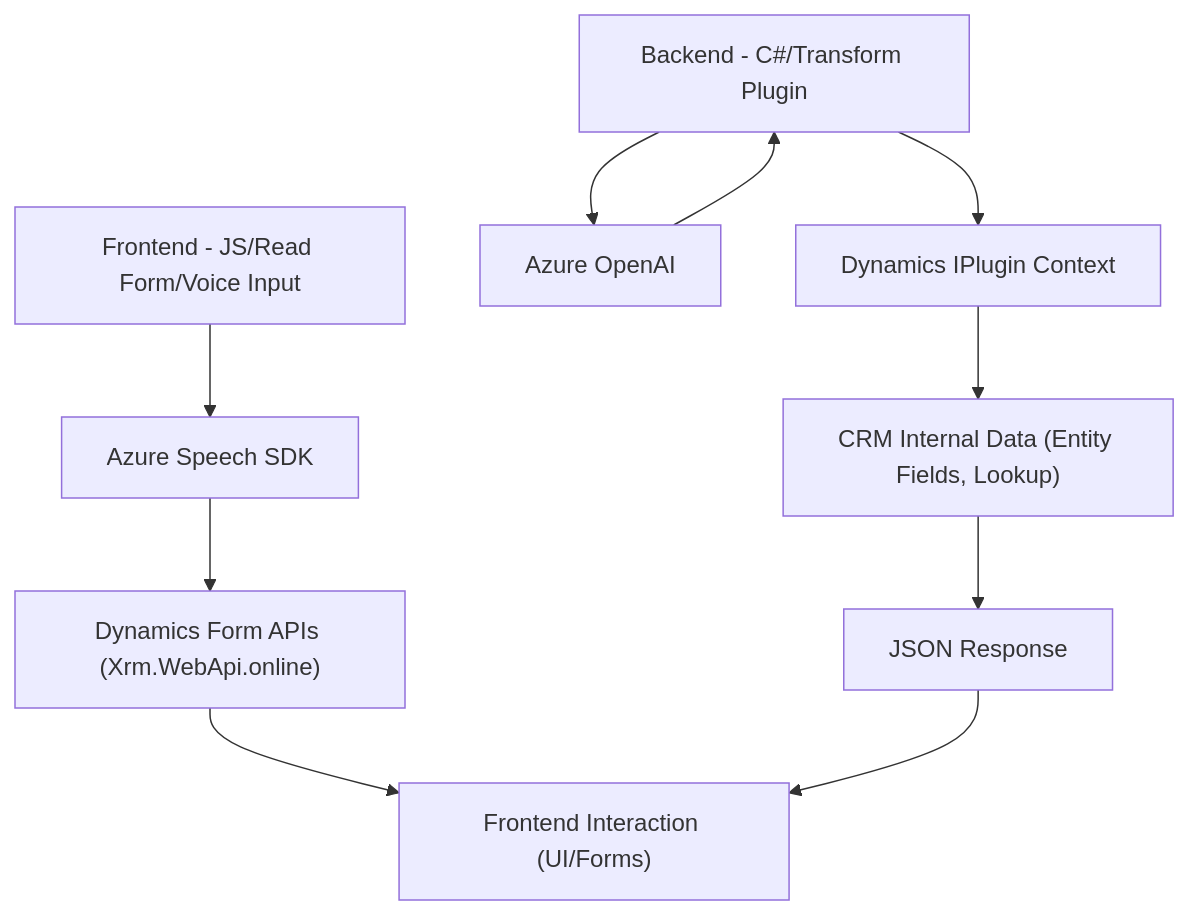
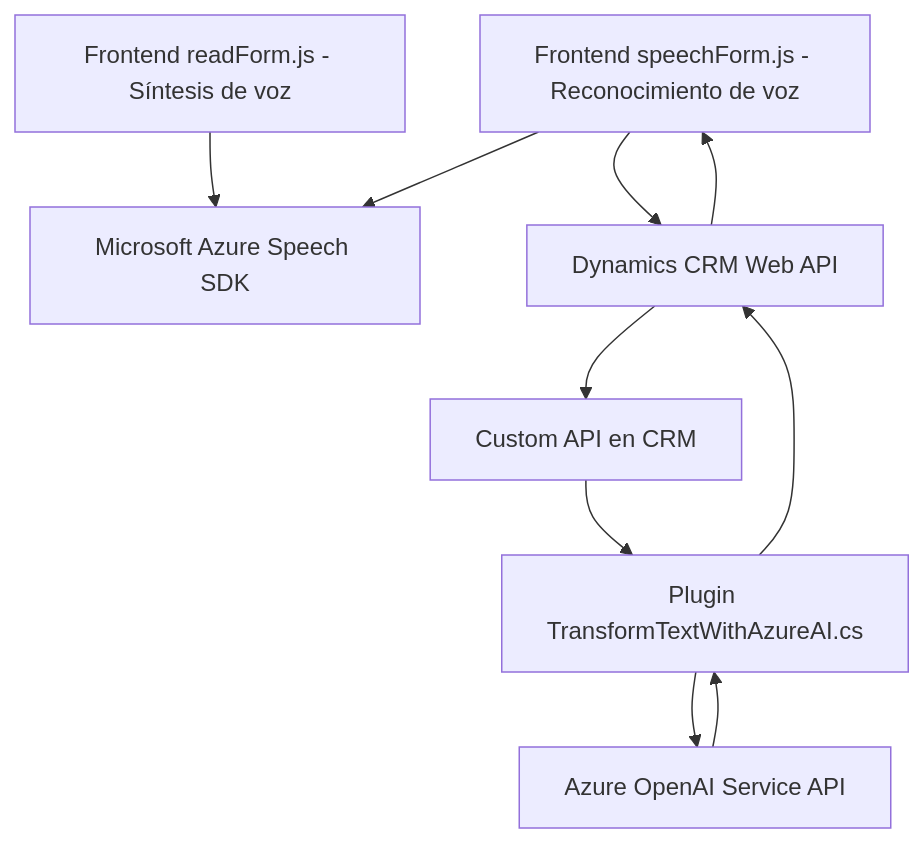
One commit to blopezdm/NETCORE_BILBAO2025 changed the diagram in README.md. Above: the diagram before and after it, drawn with Mermaid. The commit also changed other lines of this file, not shown here.

````diff
--- a/README.md
+++ b/README.md
@@ -44,13 +44,10 @@
 ```mermaid
 graph TD
-    A["Frontend - JS/Read Form/Voice Input"] --> B["Azure Speech SDK"]
-    B --> C["Dynamics Form APIs (Xrm.WebApi.online)"]
-    C --> D["Frontend Interaction (UI/Forms)"]
-    
-    E["Backend - C#/Transform Plugin"] --> F["Azure OpenAI"]
-    F --> E
-    E --> G["Dynamics IPlugin Context"]
-    G --> H["CRM Internal Data (Entity Fields, Lookup)"]
-    H --> I["JSON Response"]
-    I --> D
+    A["Frontend readForm.js - Síntesis de voz"] --> B["Microsoft Azure Speech SDK"]
+    C["Frontend speechForm.js - Reconocimiento de voz"] --> B["Microsoft Azure Speech SDK"]
+    C --> D["Dynamics CRM Web API"]
+    D --> E["Custom API en CRM"]
+    E --> F["Plugin TransformTextWithAzureAI.cs"]
+    F --> G["Azure OpenAI Service API"]
+    G --> F --> D --> C
 ```
````
